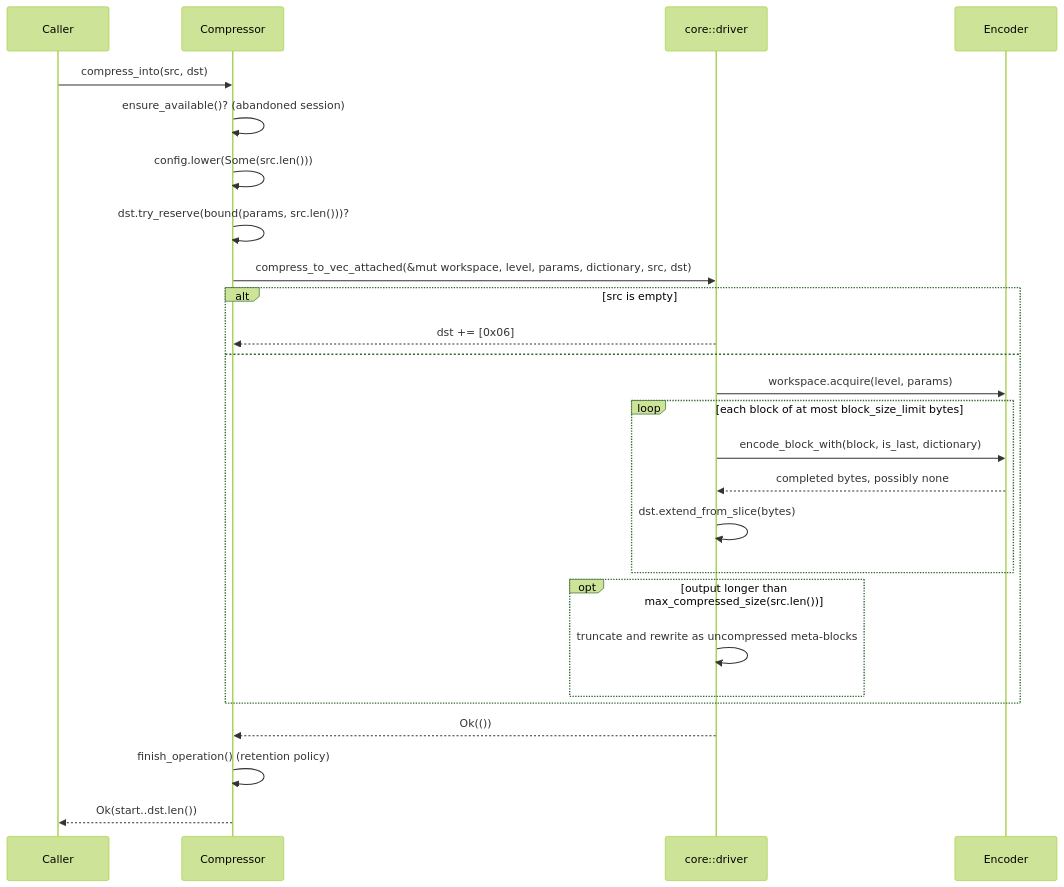
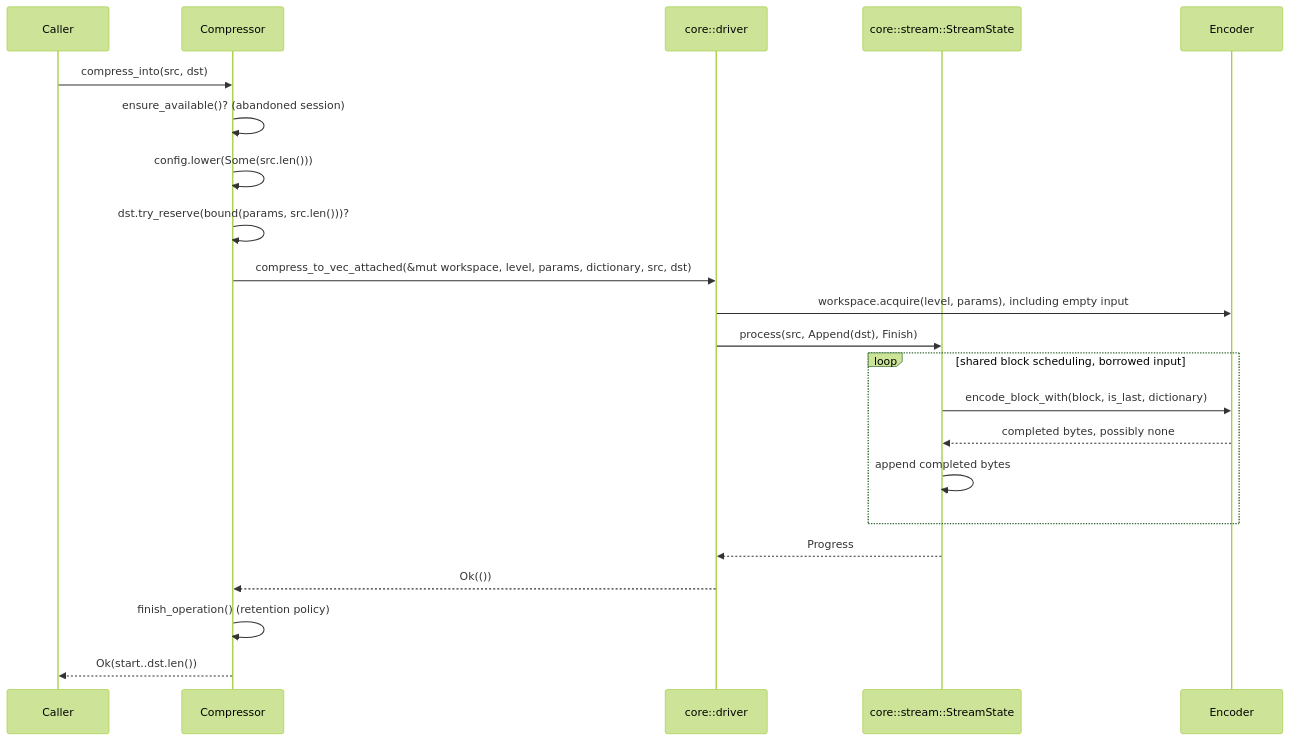
The sixth of 12 diagrams in architecture/compressor.md (Mnwa/mbrotli), drawn with Mermaid (forest theme) before and after one commit. The commit also changed other lines of this file and 64 other files, not shown here.

````diff
--- a/architecture/compressor.md
+++ b/architecture/compressor.md
@@ -315,29 +332,25 @@
 ```mermaid
 sequenceDiagram
     participant Caller
     participant C as Compressor
     participant Drv as core::driver
+    participant State as core::stream::StreamState
     participant Enc as Encoder
 
     Caller->>C: compress_into(src, dst)
     C->>C: ensure_available()?  (abandoned session)
     C->>C: config.lower(Some(src.len()))
     C->>C: dst.try_reserve(bound(params, src.len()))?
     C->>Drv: compress_to_vec_attached(&mut workspace, level, params, dictionary, src, dst)
-    alt src is empty
-        Drv-->>C: dst += [0x06]
-    else
-        Drv->>Enc: workspace.acquire(level, params)
-        loop each block of at most block_size_limit bytes
-            Drv->>Enc: encode_block_with(block, is_last, dictionary)
-            Enc-->>Drv: completed bytes, possibly none
-            Drv->>Drv: dst.extend_from_slice(bytes)
-        end
-        opt output longer than max_compressed_size(src.len())
-            Drv->>Drv: truncate and rewrite as uncompressed meta-blocks
-        end
+    Drv->>Enc: workspace.acquire(level, params), including empty input
+    Drv->>State: process(src, Append(dst), Finish)
+    loop shared block scheduling, borrowed input
+        State->>Enc: encode_block_with(block, is_last, dictionary)
+        Enc-->>State: completed bytes, possibly none
+        State->>State: append completed bytes
     end
+    State-->>Drv: Progress
     Drv-->>C: Ok(())
     C->>C: finish_operation()  (retention policy)
     C-->>Caller: Ok(start..dst.len())
 ```
````
